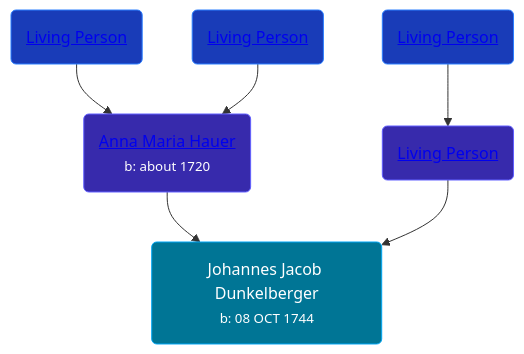
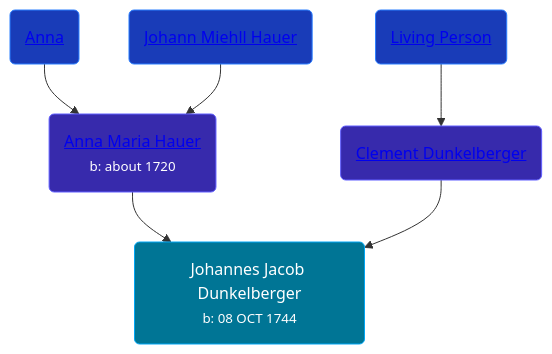
The diagram in pages/people/3/3659869.md (wpmgotkh/wpmgotkh.github.io), drawn with Mermaid before and after one commit. The commit also changed other lines of this file and 586 other files, not shown here.

Commit message:
feat: better shouldConsiderPersonLiving algo

````diff
--- a/pages/people/3/3659869.md
+++ b/pages/people/3/3659869.md
@@ -11,12 +11,12 @@
 ```mermaid
 graph
 classDef grands fill:#193cb8,stroke:#2b7fff,stroke-width:1px,color:#fff;
 classDef parents fill:#372aac,stroke:#615fff,stroke-width:1px,color:#fff;
 classDef primary fill:#007595,stroke:#00a6f4,stroke-width:1px,color:#fff;
 3659869(Johannes Jacob Dunkelberger<br /><small>b: 08 OCT 1744</small>):::primary
 22963774(<a class="text-white" href="/people/2/22963774">Anna Maria Hauer</a><br /><small>b: about 1720</small>):::parents-->3659869
-46044031(<a class="text-white" href="/people/4/46044031">Living Person</a>):::grands-->22963774
-22920858(<a class="text-white" href="/people/2/22920858">Living Person</a>):::grands-->22963774
-13545057(<a class="text-white" href="/people/1/13545057">Living Person</a>):::parents-->3659869
+46044031(<a class="text-white" href="/people/4/46044031">Anna </a>):::grands-->22963774
+22920858(<a class="text-white" href="/people/2/22920858">Johann Miehll Hauer</a>):::grands-->22963774
+13545057(<a class="text-white" href="/people/1/13545057">Clement Dunkelberger</a>):::parents-->3659869
 18284468(<a class="text-white" href="/people/1/18284468">Living Person</a>):::grands-->13545057
 ```
````
